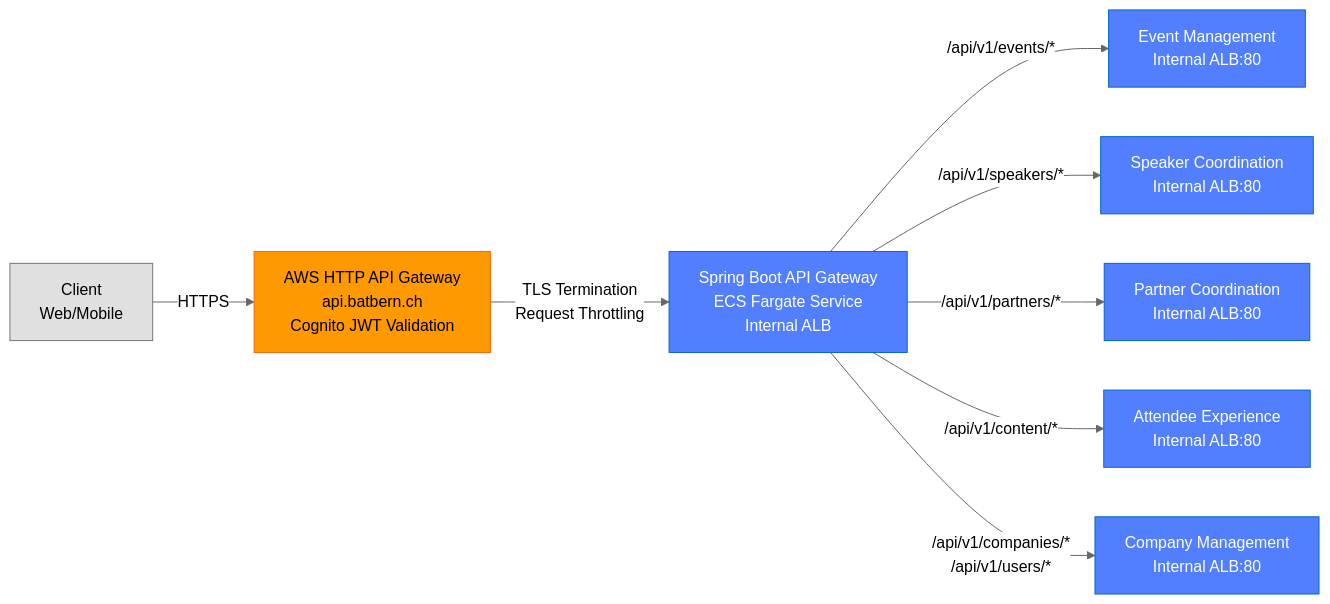
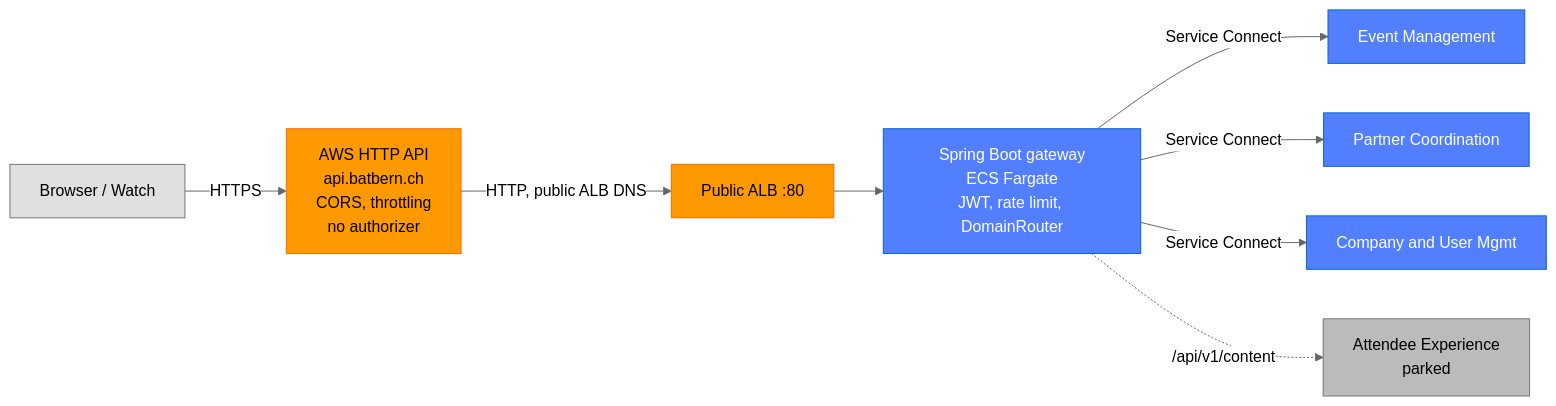
Before and after one commit to nissimbuchs/BATbern2: the eighth of 26 diagrams in docs/architecture/02-infrastructure-deployment.md, drawn with Mermaid (neutral theme). The commit also changed other lines of this file and 164 other files, not shown here.

First line of the commit message:
docs: documentation audit before BATbern60 (user guide, screenshots, PRD, architecture diagrams) (#1224)

````diff
--- a/docs/architecture/02-infrastructure-deployment.md
+++ b/docs/architecture/02-infrastructure-deployment.md
@@ -462,20 +476,20 @@
 ```mermaid
 graph LR
-    A[Client<br/>Web/Mobile] -->|HTTPS| B[AWS HTTP API Gateway<br/>api.batbern.ch<br/>Cognito JWT Validation]
-    B -->|"TLS Termination<br/>Request Throttling"| C[Spring Boot API Gateway<br/>ECS Fargate Service<br/>Internal ALB]
+    A["Browser / Watch"] -->|HTTPS| B["AWS HTTP API<br/>api.batbern.ch<br/>CORS, throttling<br/>no authorizer"]
+    B -->|"HTTP, public ALB DNS"| ALB["Public ALB :80"]
+    ALB --> C["Spring Boot gateway<br/>ECS Fargate<br/>JWT, rate limit, DomainRouter"]
 
-    C -->|"/api/v1/events/*"| D1[Event Management<br/>Internal ALB:80]
-    C -->|"/api/v1/speakers/*"| D2[Speaker Coordination<br/>Internal ALB:80]
-    C -->|"/api/v1/partners/*"| D3[Partner Coordination<br/>Internal ALB:80]
-    C -->|"/api/v1/content/*"| D4[Attendee Experience<br/>Internal ALB:80]
-    C -->|"/api/v1/companies/*<br/>/api/v1/users/*"| D5[Company Management<br/>Internal ALB:80]
+    C -->|"Service Connect"| D1["Event Management"]
+    C -->|"Service Connect"| D3["Partner Coordination"]
+    C -->|"Service Connect"| D5["Company and User Mgmt"]
+    C -.->|"/api/v1/content"| D4["Attendee Experience<br/>parked"]
 
     style A fill:#E0E0E0,stroke:#757575,color:#000
     style B fill:#FF9900,stroke:#FF6600,color:#000
+    style ALB fill:#FF9900,stroke:#FF6600,color:#000
     style C fill:#527FFF,stroke:#0066CC,color:#fff
     style D1 fill:#527FFF,stroke:#0066CC,color:#fff
-    style D2 fill:#527FFF,stroke:#0066CC,color:#fff
     style D3 fill:#527FFF,stroke:#0066CC,color:#fff
-    style D4 fill:#527FFF,stroke:#0066CC,color:#fff
+    style D4 fill:#BBBBBB,stroke:#777777,color:#000
     style D5 fill:#527FFF,stroke:#0066CC,color:#fff
 ```
````
